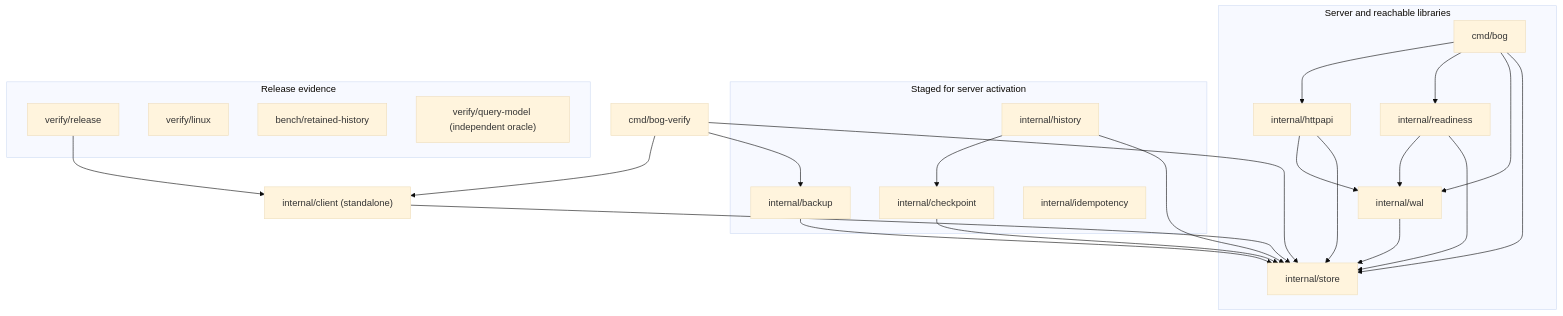
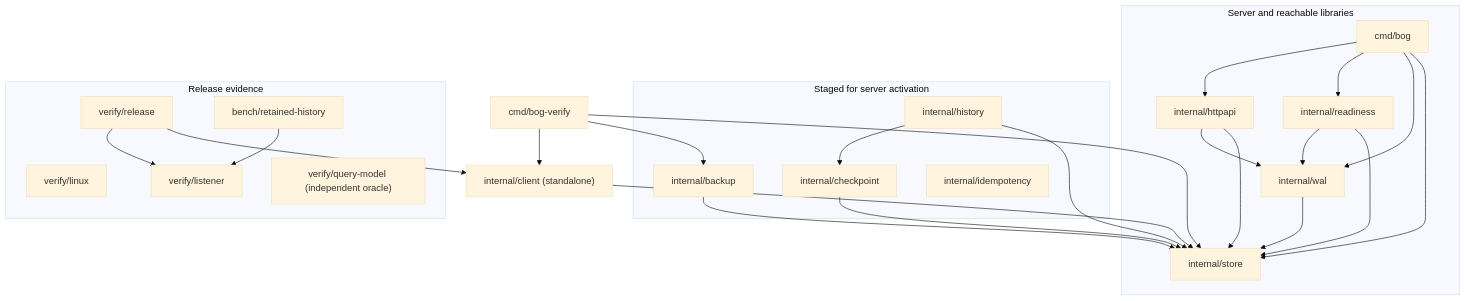
Before and after one commit to tflynn3/bog: the diagram in docs/architecture/SYSTEM.md, drawn with Mermaid (base theme). The commit also changed other lines of this file and 16 other files, not shown here.

Commit message:
bog: Share candidate listener verification across release and capacity producers

````diff
--- a/docs/architecture/SYSTEM.md
+++ b/docs/architecture/SYSTEM.md
@@ -28,42 +28,45 @@
 ```mermaid
 flowchart TD
     subgraph Runtime["Server and reachable libraries"]
         Cmd["cmd/bog"]
         HTTP["internal/httpapi"]
         Ready["internal/readiness"]
         WAL["internal/wal"]
         Store["internal/store"]
         Cmd --> HTTP
         Cmd --> Ready
         Cmd --> WAL
         Cmd --> Store
         HTTP --> WAL
         HTTP --> Store
         Ready --> WAL
         Ready --> Store
         WAL --> Store
     end
     Operator["cmd/bog-verify"]
     subgraph Staged["Staged for server activation"]
         Checkpoint["internal/checkpoint"]
         History["internal/history"]
         Backup["internal/backup"]
         Idempotency["internal/idempotency"]
         History --> Checkpoint
     end
     Client["internal/client (standalone)"]
     Checkpoint --> Store
     History --> Store
     Backup --> Store
     Operator --> Backup
     Operator --> Client
     Operator --> Store
     Client --> Store
     subgraph Evidence["Release evidence"]
         Admission["verify/release"]
         Durability["verify/linux"]
         Capacity["bench/retained-history"]
+        Listener["verify/listener"]
         Model["verify/query-model (independent oracle)"]
+        Admission --> Listener
+        Capacity --> Listener
     end
     Admission --> Client
 ```
````
